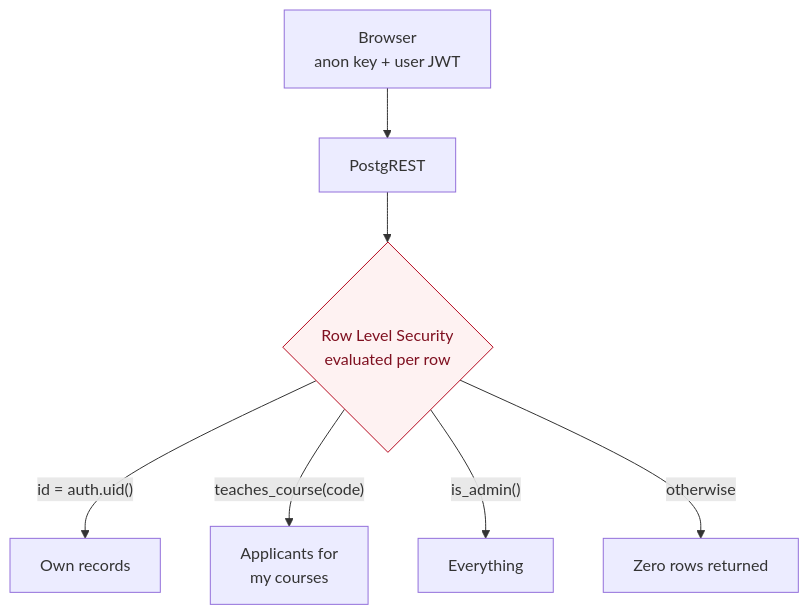
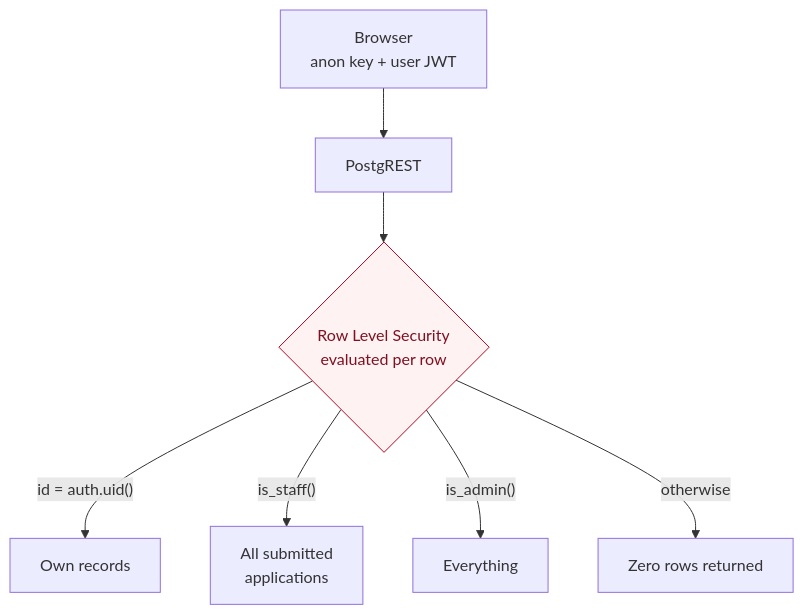
The fourth of 5 diagrams in docs/ARCHITECTURE.md (WWEISONG/griffith-ict-casual-academic), drawn with Mermaid before and after one commit. The commit also changed other lines of this file and 7 other files, not shown here.

````diff
--- a/docs/ARCHITECTURE.md
+++ b/docs/ARCHITECTURE.md
@@ -198,12 +206,12 @@
 ```mermaid
 flowchart TB
     B["Browser<br/>anon key + user JWT"] --> PR["PostgREST"]
     PR --> RLS{"Row Level Security<br/>evaluated per row"}
     RLS -->|"id = auth.uid()"| OWN["Own records"]
-    RLS -->|"teaches_course(code)"| MINE["Applicants for<br/>my courses"]
+    RLS -->|"is_staff()"| MINE["All submitted<br/>applications"]
     RLS -->|"is_admin()"| ALL["Everything"]
     RLS -->|"otherwise"| NO["Zero rows returned"]
 
     classDef danger fill:#fef2f2,stroke:#b60a20,color:#7f1020
     class RLS danger
 ```
````
